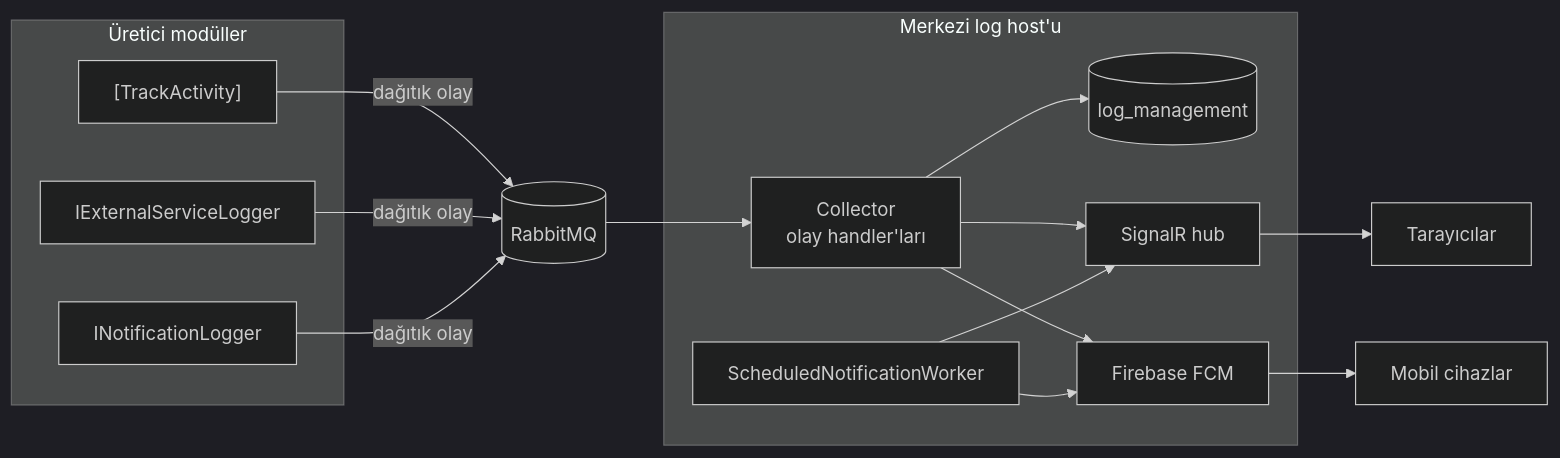
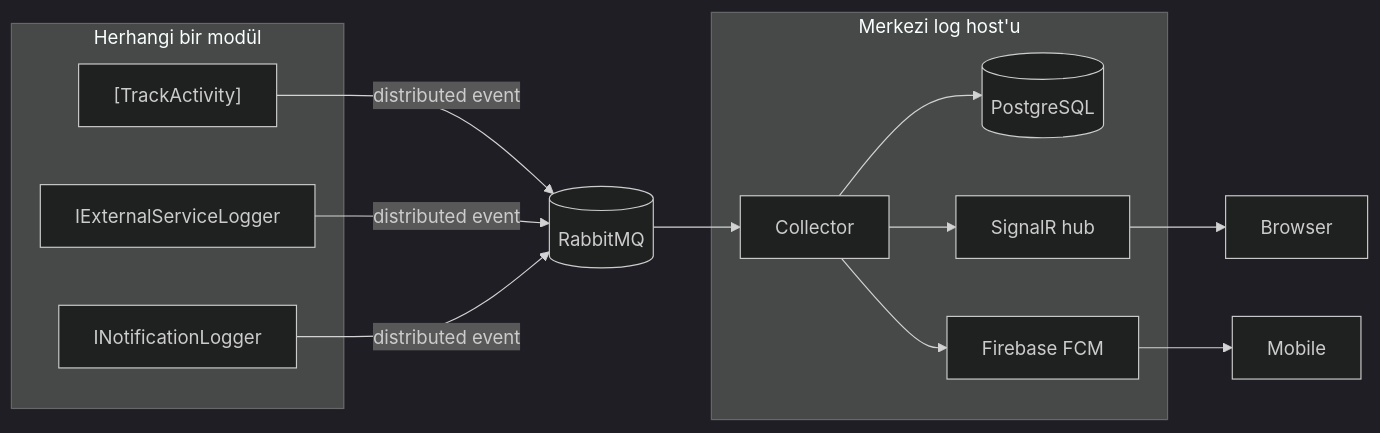
The second of 3 diagrams in README.md (mertbyd/byd-log-management-api), drawn with Mermaid (dark theme) before and after one commit. The commit also changed other lines of this file, not shown here.

````diff
--- a/README.md
+++ b/README.md
@@ -56,20 +30,17 @@
 ```mermaid
 flowchart LR
-    subgraph PRODUCERS ["Üretici modüller"]
+    subgraph P ["Herhangi bir modül"]
         A["[TrackActivity]"]
         B[IExternalServiceLogger]
         C[INotificationLogger]
     end
-    A & B & C -->|dağıtık olay| MQ[(RabbitMQ)]
+    A & B & C -->|distributed event| MQ[(RabbitMQ)]
     MQ --> COL
-    subgraph CENTRAL ["Merkezi log host'u"]
-        COL[Collector<br/>olay handler'ları]
-        COL --> DB[(log_management)]
+    subgraph L ["Merkezi log host'u"]
+        COL[Collector] --> DB[(PostgreSQL)]
         COL --> HUB[SignalR hub]
         COL --> FCM[Firebase FCM]
-        W[ScheduledNotificationWorker] --> HUB
-        W --> FCM
     end
-    HUB --> WEB[Tarayıcılar]
-    FCM --> MOB[Mobil cihazlar]
+    HUB --> WEB[Browser]
+    FCM --> MOB[Mobile]
 ```
````
